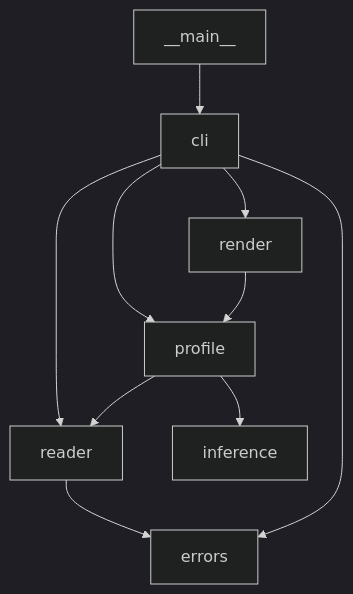
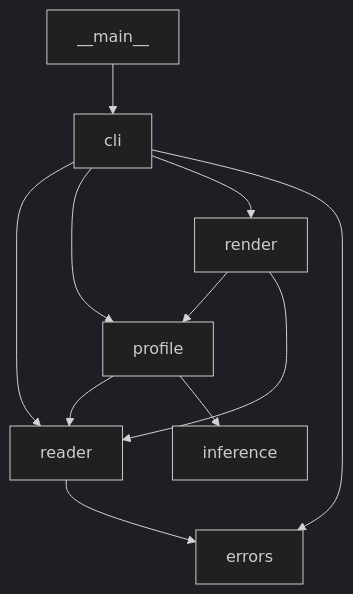
One commit to rodrix91/csv-quality-report changed the diagram in README.md. Above: the diagram before and after it, drawn with Mermaid (dark theme). The commit also changed other lines of this file and 7 other files, not shown here.

````diff
--- a/README.md
+++ b/README.md
@@ -164,12 +169,13 @@
 ```mermaid
 flowchart TD
     main["__main__"] --> cli
     cli --> reader
     cli --> profile
     cli --> render
     cli --> errors
     reader --> errors
     profile --> reader
     profile --> inference
     render --> profile
+    render --> reader
 ```
````
